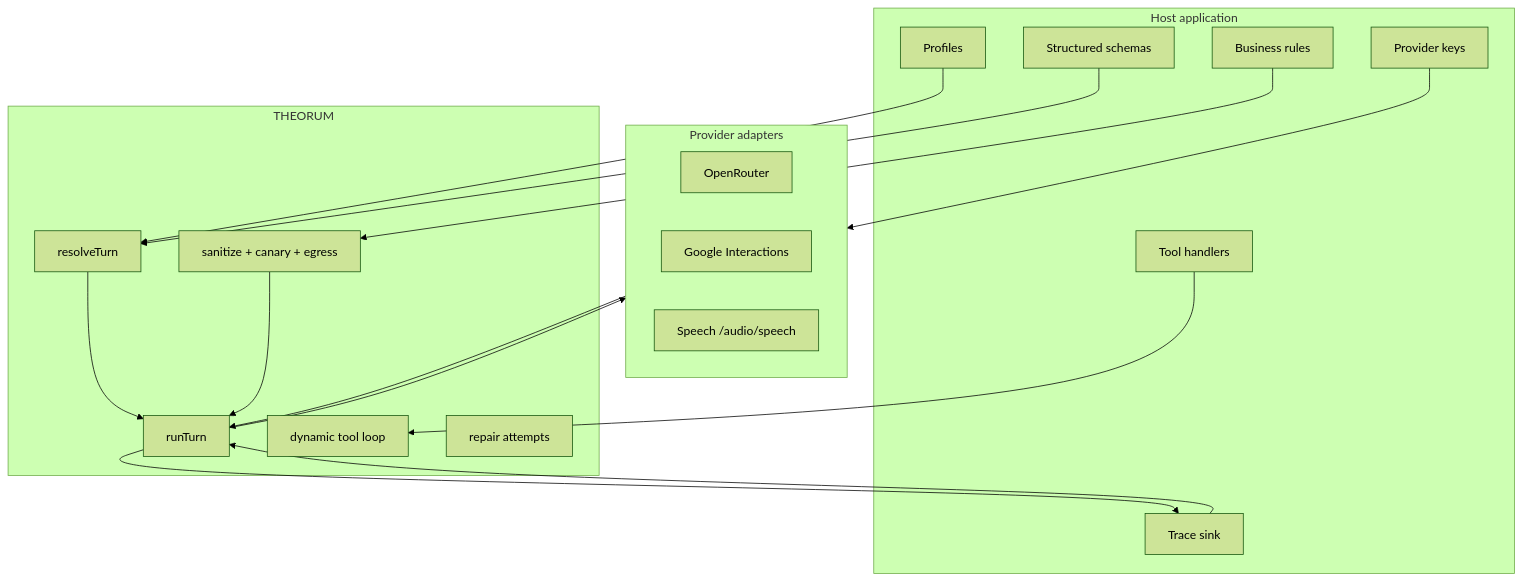
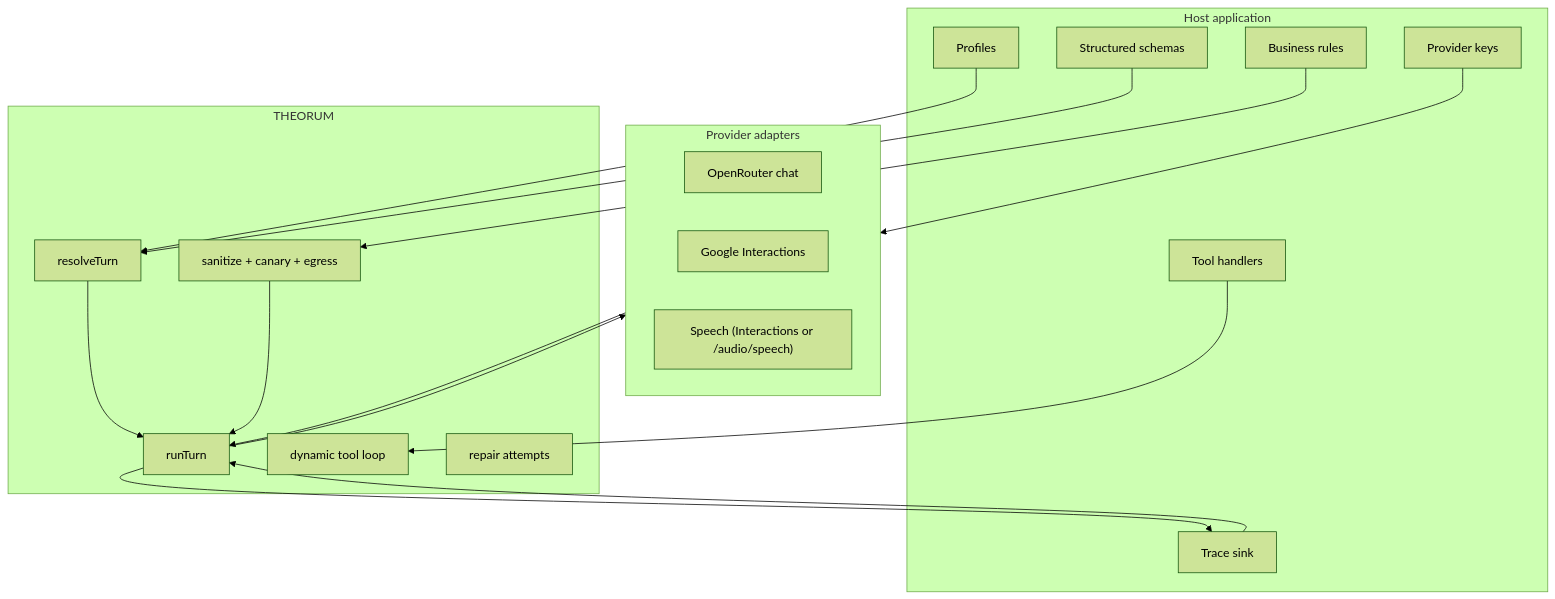
Before and after one commit to masudl-hub/theorum: the first of 2 diagrams in README.md, drawn with Mermaid (forest theme). The commit also changed other lines of this file and 16 other files, not shown here.

````diff
--- a/README.md
+++ b/README.md
@@ -45,37 +45,37 @@
 ```mermaid
 flowchart TD
     subgraph Host["Host application"]
         Profile["Profiles"]
         Schemas["Structured schemas"]
         Tools["Tool handlers"]
         Keys["Provider keys"]
         TraceSink["Trace sink"]
         Policy["Business rules"]
     end
 
     subgraph Kernel["THEORUM"]
         Resolve["resolveTurn"]
         Guard["sanitize + canary + egress"]
         Runner["runTurn"]
         ToolLoop["dynamic tool loop"]
         Repair["repair attempts"]
     end
 
     subgraph Providers["Provider adapters"]
-        OR["OpenRouter"]
+        OR["OpenRouter chat"]
         GI["Google Interactions"]
-        TTS["Speech /audio/speech"]
+        Speech["Speech (Interactions or /audio/speech)"]
     end
 
     Profile --> Resolve
     Schemas --> Resolve
     Tools --> ToolLoop
     Keys --> Providers
     TraceSink --> Runner
     Policy --> Guard
     Resolve --> Runner
     Guard --> Runner
     Runner --> Providers
     Providers --> Runner
     Runner --> TraceSink
 ```
````
